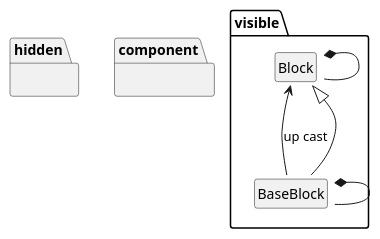
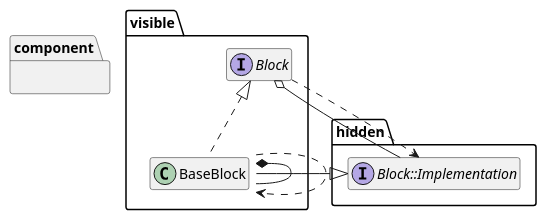
Before and after one commit to Hanssen0/Unnaming_Game: the diagram in docs/UML/Block.puml, drawn with PlantUML. The commit also changed 1 other file, not shown here.

```diff
--- a/docs/UML/Block.puml
+++ b/docs/UML/Block.puml
@@ -1,14 +1,17 @@
 @startuml
 hide members
-hide circle
 namespace visible {
-   Block <-- BaseBlock : up cast
+  interface Block
+  Block <|.. BaseBlock
 }
 namespace hidden {
+  interface Block::Implementation
   Block::Implementation <|-- BaseBlock::Implementation
 }
 namespace component {
-  Block *-- Block::Implementation
+  Block o-- Block::Implementation
   BaseBlock *-- BaseBlock::Implementation
+  Block ..> Block::Implementation
+  BaseBlock ..> BaseBlock::Implementation
 }
 @enduml
```
